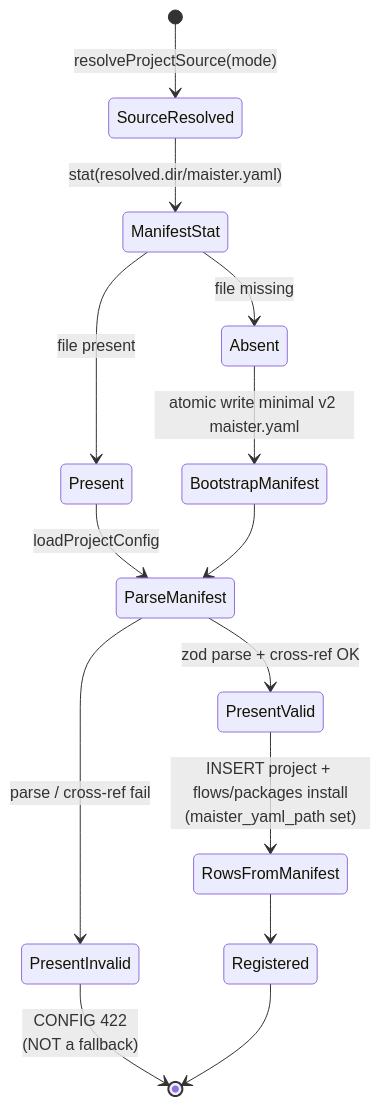
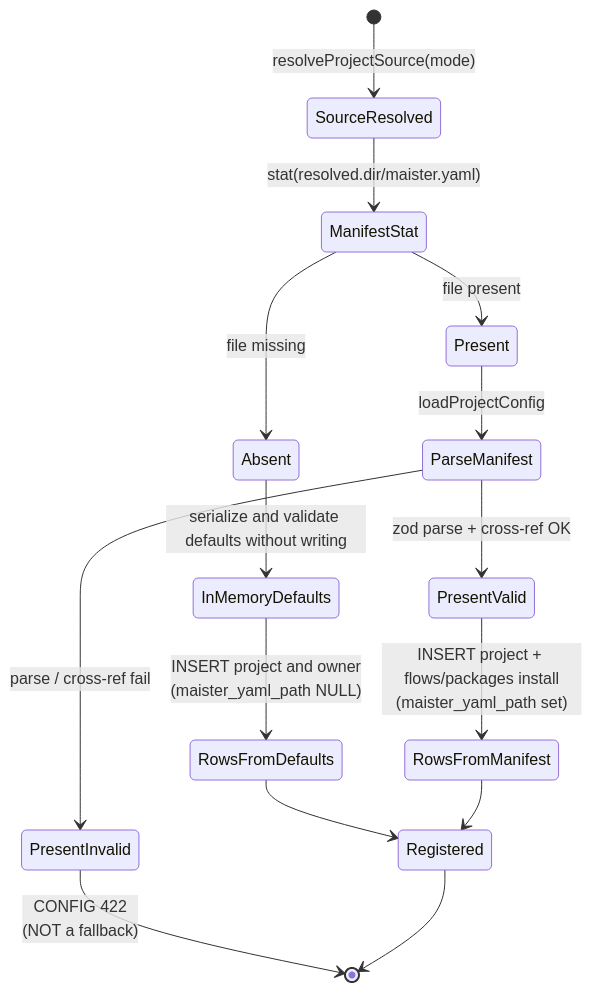
The second of 5 diagrams in docs/system-analytics/projects.md (maister-dev/maister), drawn with Mermaid before and after one commit. The commit also changed other lines of this file and 33 other files, not shown here.

````diff
--- a/docs/system-analytics/projects.md
+++ b/docs/system-analytics/projects.md
@@ -86,16 +84,17 @@
 ```mermaid
 stateDiagram-v2
     [*] --> SourceResolved: resolveProjectSource(mode)
     SourceResolved --> ManifestStat: stat(resolved.dir/maister.yaml)
     ManifestStat --> Present: file present
     ManifestStat --> Absent: file missing
     Present --> ParseManifest: loadProjectConfig
     ParseManifest --> PresentValid: zod parse + cross-ref OK
     ParseManifest --> PresentInvalid: parse / cross-ref fail
     PresentValid --> RowsFromManifest: INSERT project + flows/packages install<br/>(maister_yaml_path set)
     PresentInvalid --> [*]: CONFIG 422<br/>(NOT a fallback)
-    Absent --> BootstrapManifest: atomic write minimal v2 maister.yaml
-    BootstrapManifest --> ParseManifest
+    Absent --> InMemoryDefaults: serialize and validate defaults without writing
+    InMemoryDefaults --> RowsFromDefaults: INSERT project and owner<br/>(maister_yaml_path NULL)
+    RowsFromDefaults --> Registered
     RowsFromManifest --> Registered
     Registered --> [*]
 ```
````
